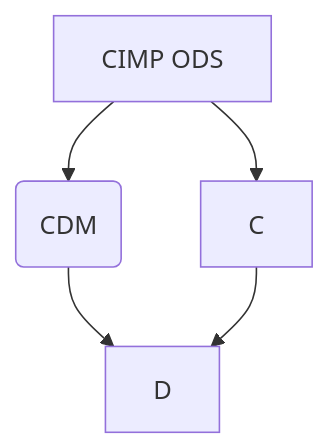
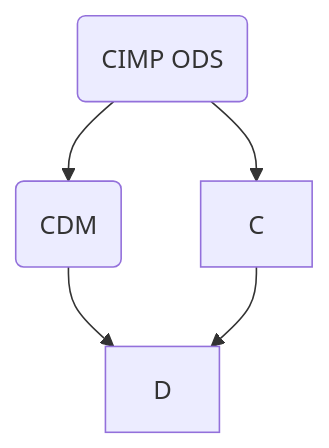
One commit to ConnorInu/hello-world changed the diagram in README.md. Above: the diagram before and after it, drawn with Mermaid.

````diff
--- a/README.md
+++ b/README.md
@@ -5,7 +5,7 @@
 ```mermaid
 graph TD;
-    A[CIMP ODS]-->B(CDM);
+    A(CIMP ODS)-->B(CDM);
     A-->C;
     B-->D;
     C-->D;
 ```
````
